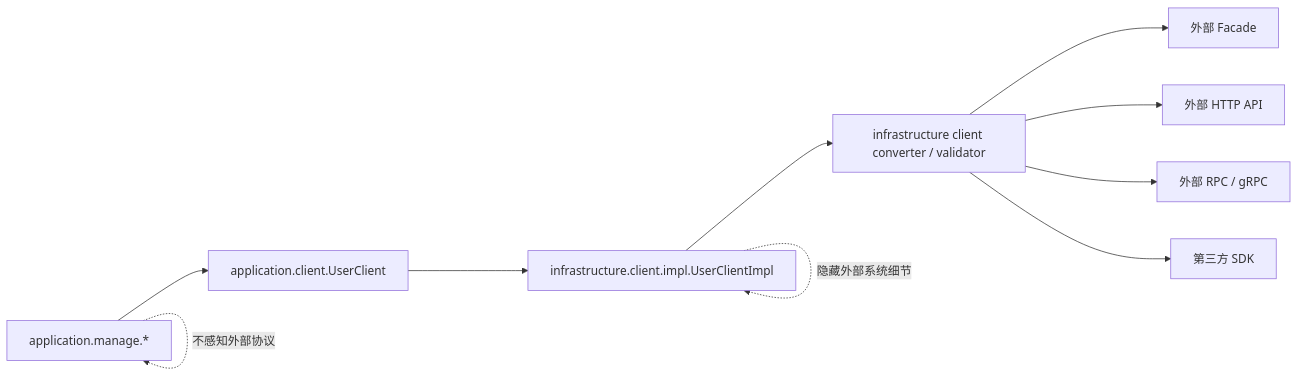
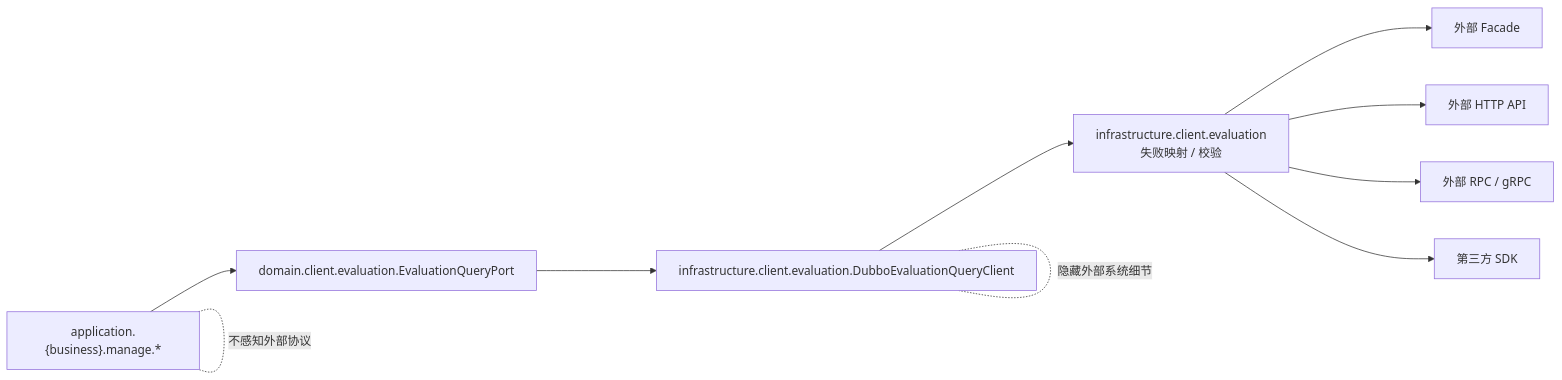
One commit to AllenDEricDAlexander/Egon-COLA changed diagram 11 of 19 in egon-cola-archetypes/architecture-mermaid-diagrams.md. Above: the diagram before and after it, drawn with Mermaid. The commit also changed other lines of this file and 32 other files, not shown here.

First line of the commit message:
fix(archetypes): make architecture governance actually enforce, correct guide docs

````diff
--- a/egon-cola-archetypes/architecture-mermaid-diagrams.md
+++ b/egon-cola-archetypes/architecture-mermaid-diagrams.md
@@ -284,12 +305,12 @@
 ```mermaid
 flowchart LR
-    APP["application.manage.*"] --> CLIENT["application.client.UserClient"]
-    CLIENT --> CLIENT_IMPL["infrastructure.client.impl.UserClientImpl"]
-    CLIENT_IMPL --> CONVERTOR["infrastructure client converter / validator"]
+    APP["application.{business}.manage.*"] --> CLIENT["domain.client.evaluation.EvaluationQueryPort"]
+    CLIENT --> CLIENT_IMPL["infrastructure.client.evaluation.DubboEvaluationQueryClient"]
+    CLIENT_IMPL --> CONVERTOR["infrastructure.client.evaluation<br/>失败映射 / 校验"]
     CONVERTOR --> OUTER_FACADE["外部 Facade"]
     CONVERTOR --> HTTP["外部 HTTP API"]
     CONVERTOR --> RPC["外部 RPC / gRPC"]
     CONVERTOR --> SDK["第三方 SDK"]
-    APP -. " 不感知外部协议 " .-> APP
-    CLIENT_IMPL -. " 隐藏外部系统细节 " .-> CLIENT_IMPL
+    APP -. " 不感知外部协议 " .- APP
+    CLIENT_IMPL -. " 隐藏外部系统细节 " .- CLIENT_IMPL
 ```
````
